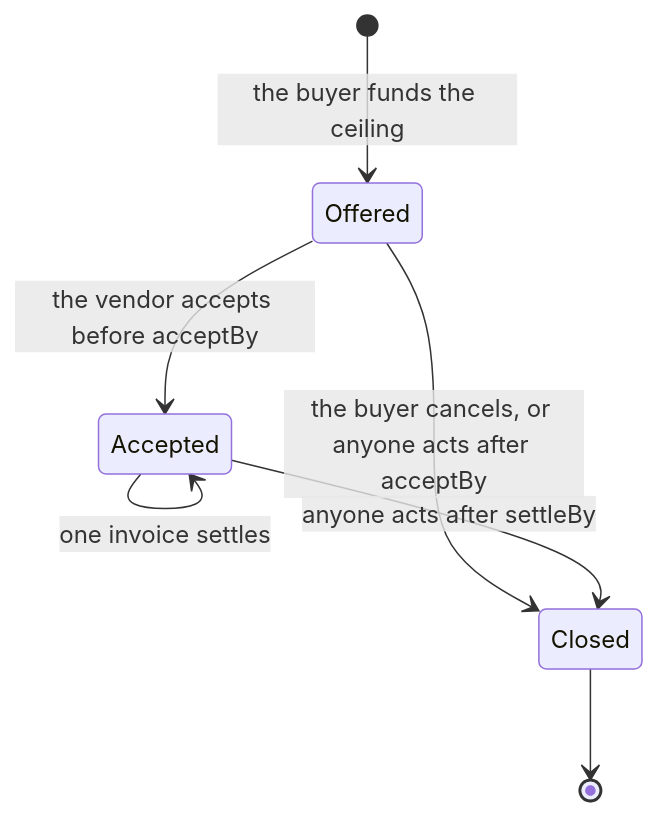
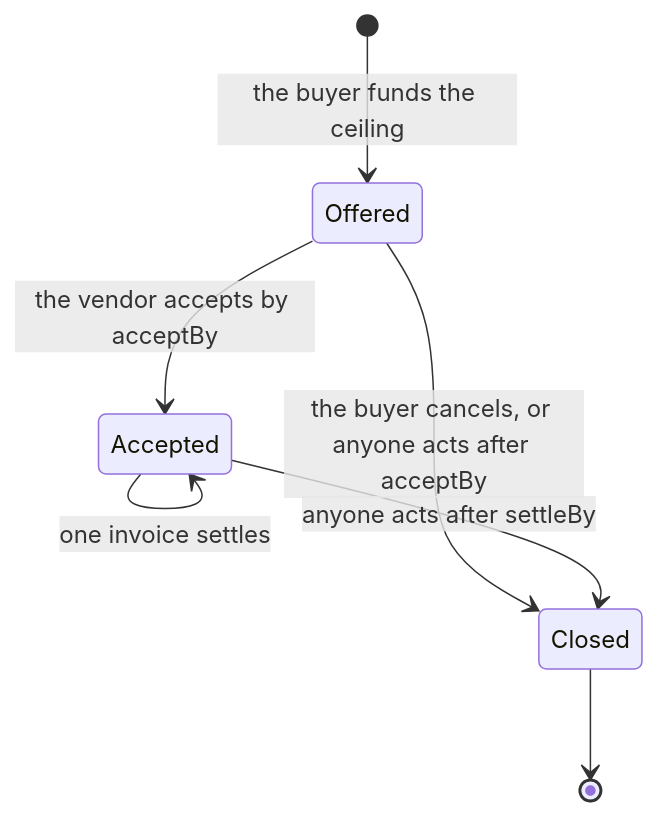
One commit to mnemonik-xyz/warrant changed the second of 2 diagrams in whitepaper.md. Above: the diagram before and after it, drawn with Mermaid. The commit also changed other lines of this file and 7 other files, not shown here.

````diff
--- a/whitepaper.md
+++ b/whitepaper.md
@@ -310,9 +368,9 @@
 ```mermaid
 stateDiagram-v2
     [*] --> Offered: the buyer funds the ceiling
-    Offered --> Accepted: the vendor accepts before acceptBy
+    Offered --> Accepted: the vendor accepts by acceptBy
     Offered --> Closed: the buyer cancels, or anyone acts after acceptBy
     Accepted --> Accepted: one invoice settles
     Accepted --> Closed: anyone acts after settleBy
     Closed --> [*]
 ```
````
